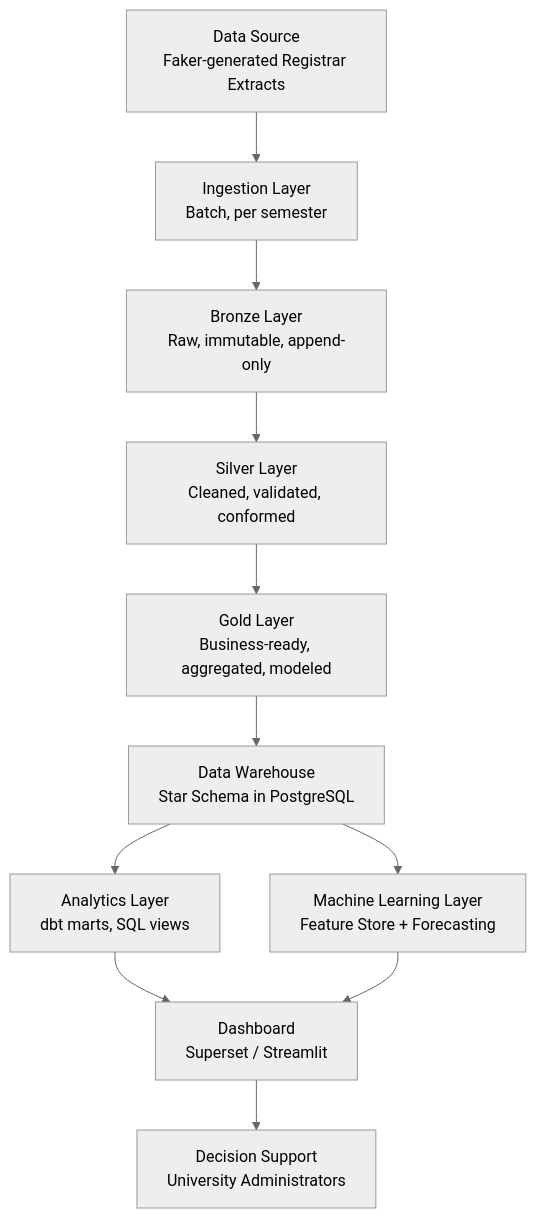
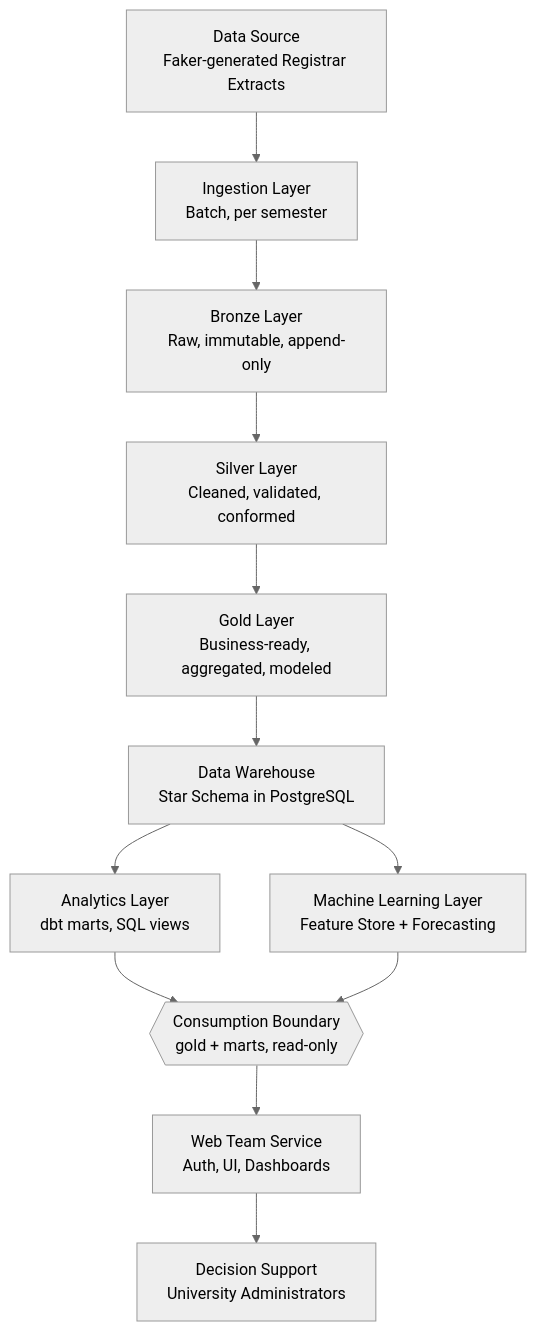
Before and after one commit to DatAisen1/university-analytics-platform-capstone: the first of 3 diagrams in docs/02_System_Architecture.md, drawn with Mermaid (neutral theme). The commit also changed other lines of this file and 11 other files, not shown here.

````diff
--- a/docs/02_System_Architecture.md
+++ b/docs/02_System_Architecture.md
@@ -5,13 +5,14 @@
 ```mermaid
 flowchart TB
     A[Data Source<br/>Faker-generated Registrar Extracts] --> B[Ingestion Layer<br/>Batch, per semester]
     B --> C[Bronze Layer<br/>Raw, immutable, append-only]
     C --> D[Silver Layer<br/>Cleaned, validated, conformed]
     D --> E[Gold Layer<br/>Business-ready, aggregated, modeled]
     E --> F[Data Warehouse<br/>Star Schema in PostgreSQL]
     F --> G[Analytics Layer<br/>dbt marts, SQL views]
     F --> H[Machine Learning Layer<br/>Feature Store + Forecasting]
-    G --> I[Dashboard<br/>Superset / Streamlit]
-    H --> I
-    I --> J[Decision Support<br/>University Administrators]
+    G --> CB{{Consumption Boundary<br/>gold + marts, read-only}}
+    H --> CB
+    CB --> WT[Web Team Service<br/>Auth, UI, Dashboards]
+    WT --> J[Decision Support<br/>University Administrators]
 ```
````
